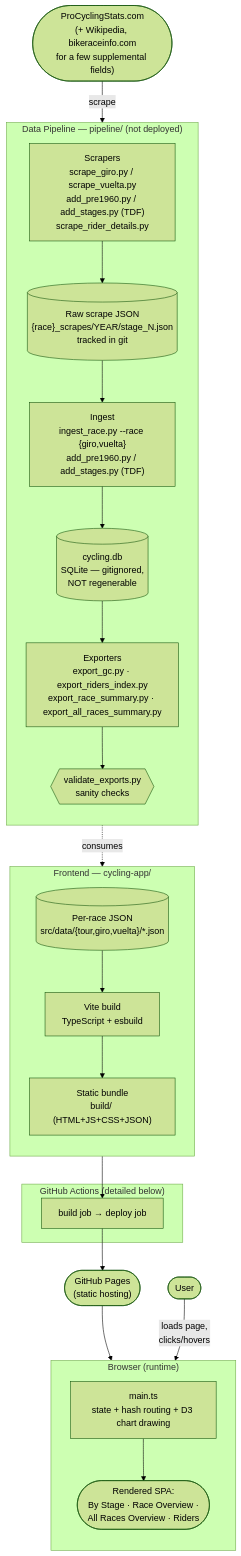
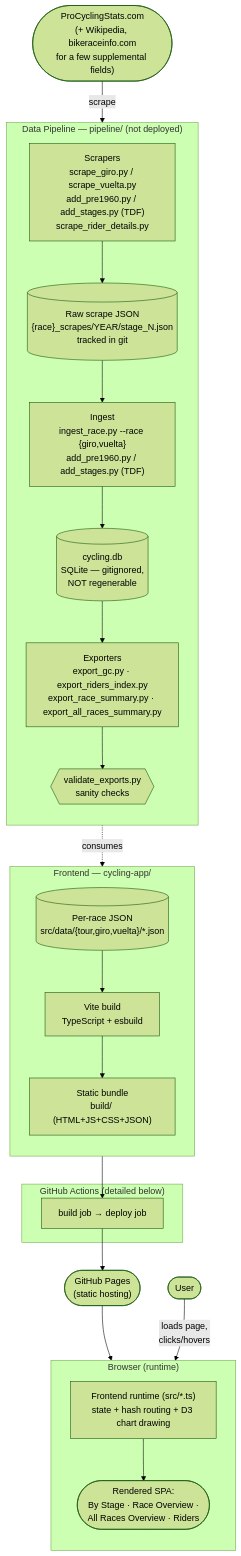
Before and after one commit to eshiflet/tdf-analytics: the first of 3 diagrams in architecture.md, drawn with Mermaid (forest theme). The commit also changed other lines of this file and 19 other files, not shown here.

````diff
--- a/architecture.md
+++ b/architecture.md
@@ -11,45 +11,45 @@
 ```mermaid
 flowchart TD
     PCS(["ProCyclingStats.com<br/>(+ Wikipedia, bikeraceinfo.com<br/>for a few supplemental fields)"])
 
     subgraph PIPELINE["Data Pipeline — pipeline/ (not deployed)"]
         direction TB
         SCRAPE["Scrapers<br/>scrape_giro.py / scrape_vuelta.py<br/>add_pre1960.py / add_stages.py (TDF)<br/>scrape_rider_details.py"]
         RAW[("Raw scrape JSON<br/>{race}_scrapes/YEAR/stage_N.json<br/>tracked in git")]
         INGEST["Ingest<br/>ingest_race.py --race {giro,vuelta}<br/>add_pre1960.py / add_stages.py (TDF)"]
         DB[("cycling.db<br/>SQLite — gitignored,<br/>NOT regenerable")]
         EXPORT["Exporters<br/>export_gc.py · export_riders_index.py<br/>export_race_summary.py · export_all_races_summary.py"]
         VALIDATE{{"validate_exports.py<br/>sanity checks"}}
 
         SCRAPE --> RAW --> INGEST --> DB --> EXPORT --> VALIDATE
     end
 
     subgraph FRONTEND["Frontend — cycling-app/"]
         direction TB
         DATA[("Per-race JSON<br/>src/data/{tour,giro,vuelta}/*.json")]
         VITE["Vite build<br/>TypeScript + esbuild"]
         BUNDLE["Static bundle<br/>build/ (HTML+JS+CSS+JSON)"]
 
         DATA --> VITE --> BUNDLE
     end
 
     subgraph CI["GitHub Actions (detailed below)"]
         GHA["build job → deploy job"]
     end
 
     PAGES(["GitHub Pages<br/>(static hosting)"])
 
     subgraph CLIENT["Browser (runtime)"]
         direction TB
-        MAINTS["main.ts<br/>state + hash routing + D3 chart drawing"]
+        MAINTS["Frontend runtime (src/*.ts)<br/>state + hash routing + D3 chart drawing"]
         DOM(["Rendered SPA:<br/>By Stage · Race Overview ·<br/>All Races Overview · Riders"])
         MAINTS --> DOM
     end
 
     USER(["User"])
 
     PCS -->|scrape| SCRAPE
     VALIDATE -.->|consumes| DATA
     BUNDLE --> GHA --> PAGES --> MAINTS
     USER -->|"loads page,<br/>clicks/hovers"| DOM
 ```
````
